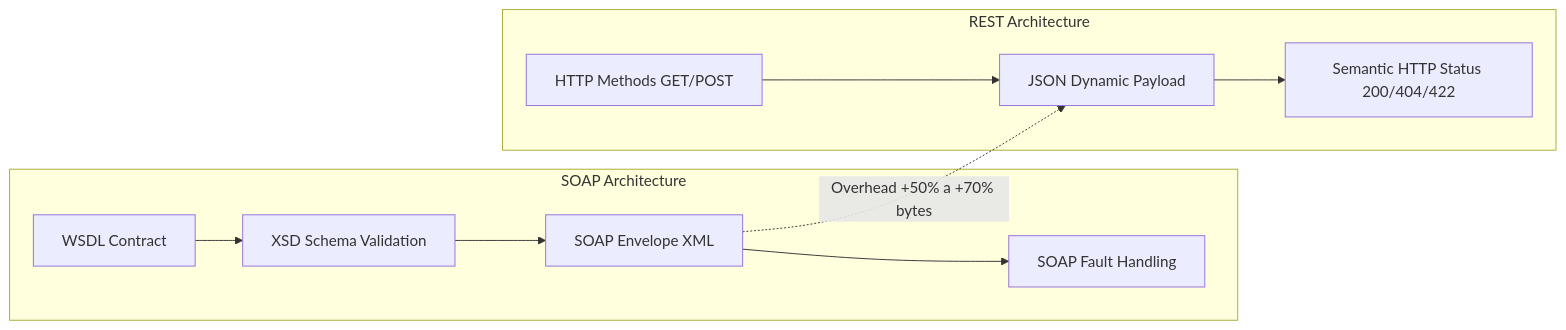
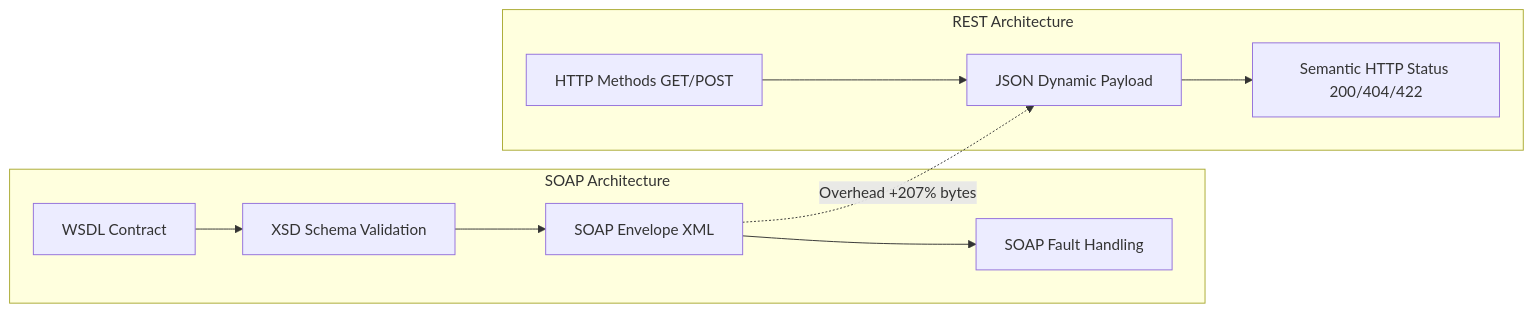
The diagram in README.md (Tefo02/border-control-rest-soap), drawn with Mermaid before and after one commit. The commit also changed other lines of this file, not shown here.

Commit message:
docs(readme): add git clone instructions, step-by-step test guide, randomuser json example and project challenges

````diff
--- a/README.md
+++ b/README.md
@@ -110,15 +131,15 @@
 ```mermaid
 flowchart LR
     subgraph SOAP Architecture
         WSDL[WSDL Contract] --> XSD[XSD Schema Validation]
         XSD --> Envelope[SOAP Envelope XML]
         Envelope --> Fault[SOAP Fault Handling]
     end
 
     subgraph REST Architecture
         HTTP[HTTP Methods GET/POST] --> JSON[JSON Dynamic Payload]
         JSON --> Status[Semantic HTTP Status 200/404/422]
     end
 
-    Envelope -.->|Overhead +50% a +70% bytes| JSON
+    Envelope -.->|Overhead +207% bytes| JSON
 ```
````
